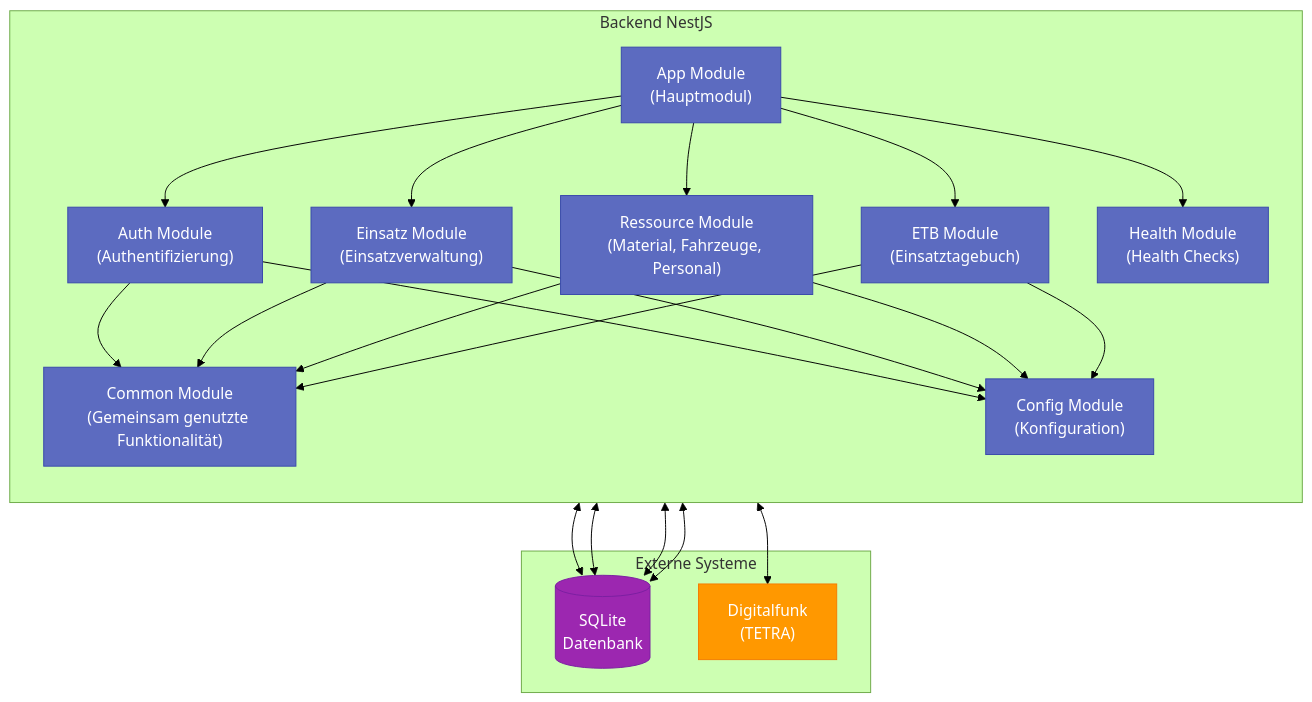
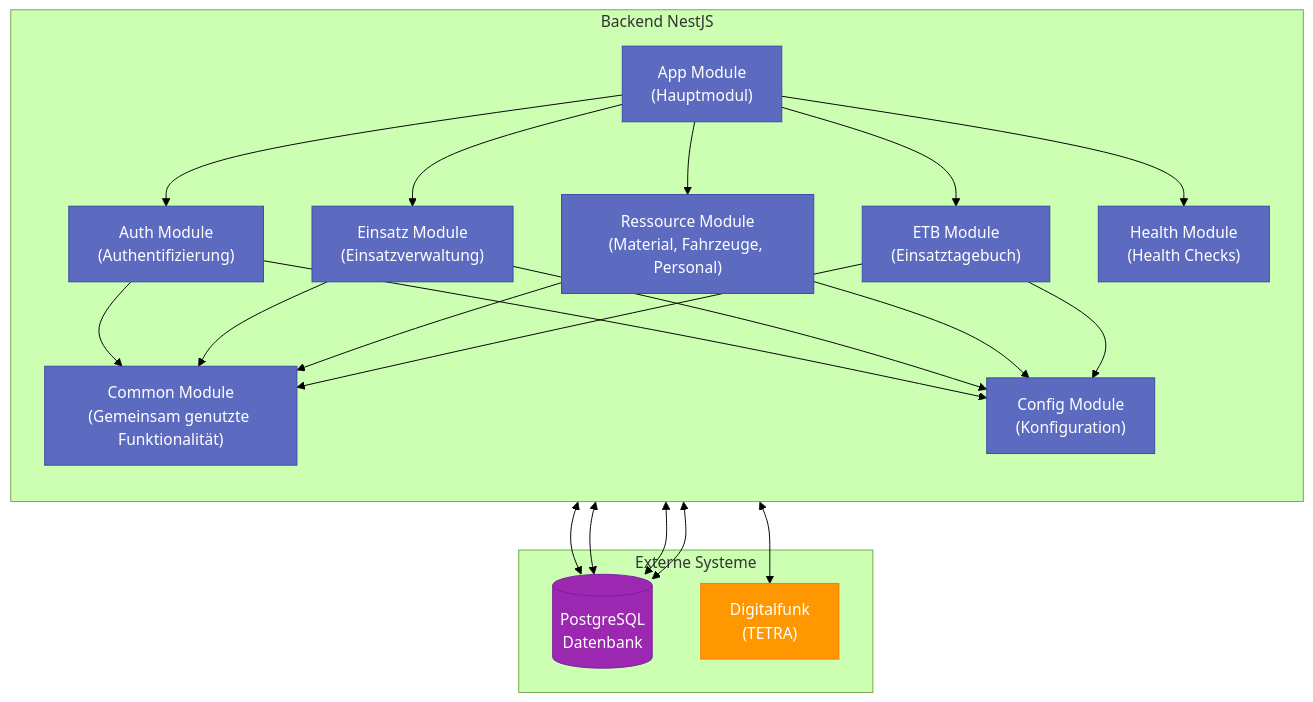
Before and after one commit to bluelight-hub/app: the third of 7 diagrams in docs/architecture/05-building-block-view.adoc, drawn with Mermaid (forest theme). The commit also changed other lines of this file and 49 other files, not shown here.

```diff
--- a/docs/architecture/05-building-block-view.adoc
+++ b/docs/architecture/05-building-block-view.adoc
@@ -162,39 +161,39 @@
 [mermaid]
 ....
 flowchart TB
     subgraph backend["Backend NestJS"]
         direction TB
         AppModule["App Module\n(Hauptmodul)"]
         AuthModule["Auth Module\n(Authentifizierung)"]
         EinsatzModule["Einsatz Module\n(Einsatzverwaltung)"]
         RessourceModule["Ressource Module\n(Material, Fahrzeuge, Personal)"]
         ETBModule["ETB Module\n(Einsatztagebuch)"]
         HealthModule["Health Module\n(Health Checks)"]
         CommonModule["Common Module\n(Gemeinsam genutzte Funktionalität)"]
         ConfigModule["Config Module\n(Konfiguration)"]
     end
 
     subgraph external["Externe Systeme"]
-        DB[(SQLite\nDatenbank)]
+        DB[(PostgreSQL\nDatenbank)]
         DigitalfunkSystem["Digitalfunk\n(TETRA)"]
     end
 
     AppModule --> AuthModule & EinsatzModule & RessourceModule & ETBModule & HealthModule
     
     AuthModule & EinsatzModule & RessourceModule & ETBModule --> CommonModule
     AuthModule & EinsatzModule & RessourceModule & ETBModule --> ConfigModule
     
     EinsatzModule <--> DB
     RessourceModule <--> DB
     ETBModule <--> DB
     AuthModule <--> DB
     EinsatzModule <--> DigitalfunkSystem
 
     classDef module fill:#5C6BC0,stroke:#3949AB,color:white
     classDef external fill:#FF9800,stroke:#F57C00,color:white
     classDef database fill:#9C27B0,stroke:#7B1FA2,color:white
 
     class AppModule,AuthModule,EinsatzModule,RessourceModule,ETBModule,HealthModule,CommonModule,ConfigModule module
     class DigitalfunkSystem external
     class DB database
 ....
```
